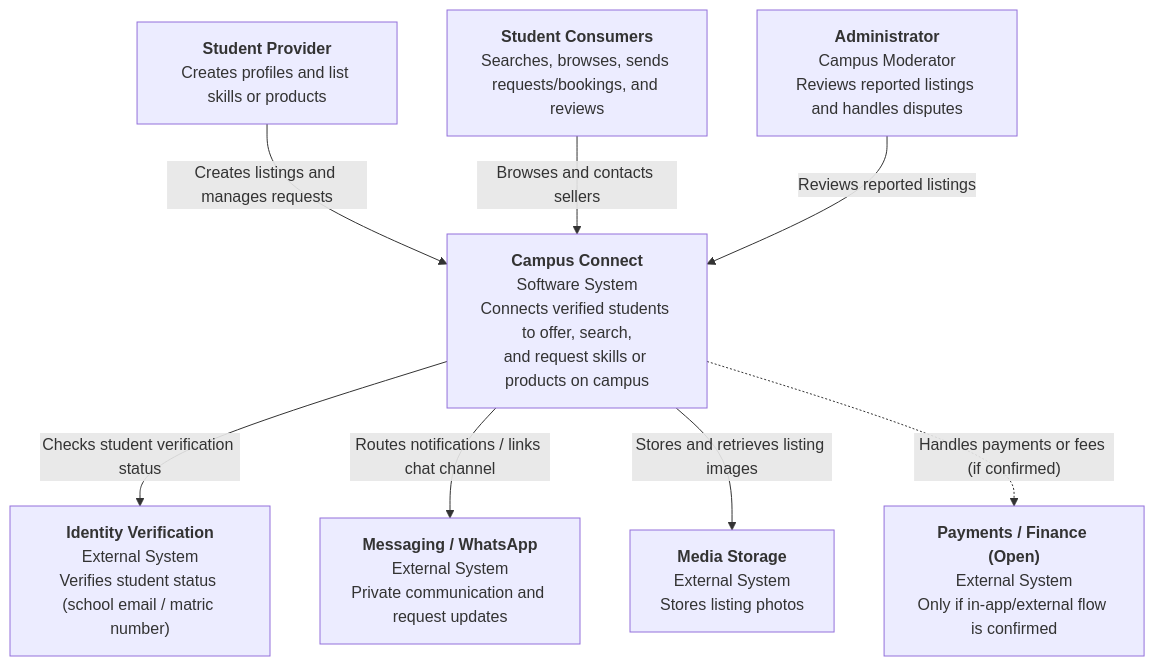
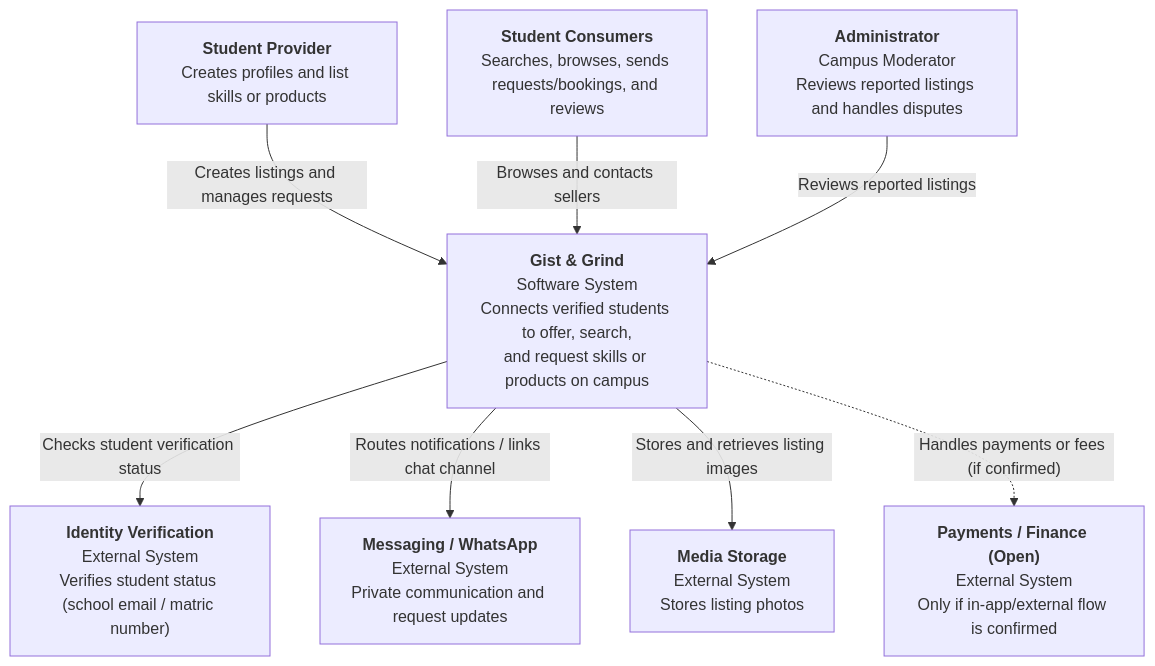
The first of 2 diagrams in docs/02-arhitecture.md (pheona-cypto/BLUE), drawn with Mermaid before and after one commit. The commit also changed other lines of this file, not shown here.

Commit message:
Correcting some typos in the assembly file

````diff
--- a/docs/02-arhitecture.md
+++ b/docs/02-arhitecture.md
@@ -4,22 +4,22 @@
 ```mermaid
 flowchart TB
-    Providers["<b>Student Provider</b></br>Creates profiles and list skills or products"]
+    Providers["<b>Student Provider</b><br/>Creates profiles and list skills or products"]
     Consumers["<b>Student Consumers</b><br/>Searches, browses, sends requests/bookings, and reviews"]
     Admin["<b>Administrator</b><br/>Campus Moderator<br/>Reviews reported listings and handles disputes"]
 
-    GG["<b>Campus Connect</b><br/>Software System<br/>Connects verified students to offer, search,<br/>and request skills or products on campus"]
+    GG["<b>Gist & Grind</b><br/>Software System<br/>Connects verified students to offer, search,<br/>and request skills or products on campus"]
 
     Verify["<b>Identity Verification</b><br/>External System<br/>Verifies student status (school email / matric number)"]
     Messaging["<b>Messaging / WhatsApp</b><br/>External System<br/>Private communication and request updates"]
     Media["<b>Media Storage</b><br/>External System<br/>Stores listing photos"]
     Payments["<b>Payments / Finance (Open)</b><br/>External System<br/>Only if in-app/external flow is confirmed"]
 
     Providers -->|"Creates listings and manages requests"| GG
     Consumers -->|"Browses and contacts sellers"| GG
     Admin -->|"Reviews reported listings"| GG
 
     GG -->|"Checks student verification status"| Verify
     GG -->|"Routes notifications / links chat channel"| Messaging
     GG -->|"Stores and retrieves listing images"| Media
     GG -.->|"Handles payments or fees (if confirmed)"| Payments
 ```
````
